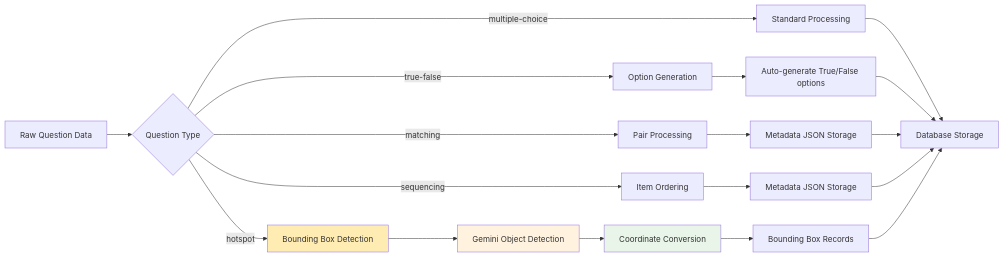
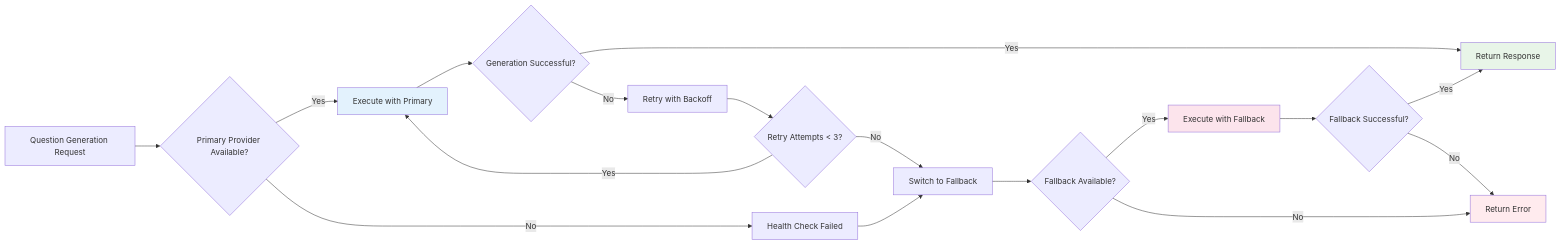
One commit to jfuginay/coursebuild changed the third of 3 diagrams in COURSE_GENERATION_PIPELINE.md. Above: the diagram before and after it, drawn with Mermaid. The commit also changed other lines of this file and 36 other files, not shown here.

First line of the commit message:
Question generation improvements (#43)

````diff
--- a/COURSE_GENERATION_PIPELINE.md
+++ b/COURSE_GENERATION_PIPELINE.md
@@ -111,27 +192,28 @@
 ```mermaid
 flowchart LR
-    A[Raw Question Data] --> B{Question Type}
+    A[Question Generation Request] --> B{Primary Provider Available?}
+    B -->|Yes| C[Execute with Primary]
+    B -->|No| D[Health Check Failed]
     
-    B -->|multiple-choice| C[Standard Processing]
-    B -->|true-false| D[Option Generation]
-    B -->|hotspot| E[Bounding Box Detection]
-    B -->|matching| F[Pair Processing]
-    B -->|sequencing| G[Item Ordering]
+    C --> E{Generation Successful?}
+    E -->|Yes| F[Return Response]
+    E -->|No| G[Retry with Backoff]
     
-    C --> H[Database Storage]
-    D --> I[Auto-generate True/False options]
-    E --> J[Gemini Object Detection]
-    F --> K[Metadata JSON Storage]
-    G --> L[Metadata JSON Storage]
+    G --> H{Retry Attempts < 3?}
+    H -->|Yes| C
+    H -->|No| I[Switch to Fallback]
     
-    I --> H
-    J --> M[Coordinate Conversion]
-    K --> H
-    L --> H
-    M --> N[Bounding Box Records]
-    N --> H
+    D --> I
+    I --> J{Fallback Available?}
+    J -->|Yes| K[Execute with Fallback]
+    J -->|No| L[Return Error]
     
-    style E fill:#ffecb3
-    style J fill:#fff3e0
-    style M fill:#e8f5e8
+    K --> M{Fallback Successful?}
+    M -->|Yes| F
+    M -->|No| L
+    
+    style C fill:#e3f2fd
+    style K fill:#fce4ec
+    style F fill:#e8f5e8
+    style L fill:#ffebee
 ```
````
